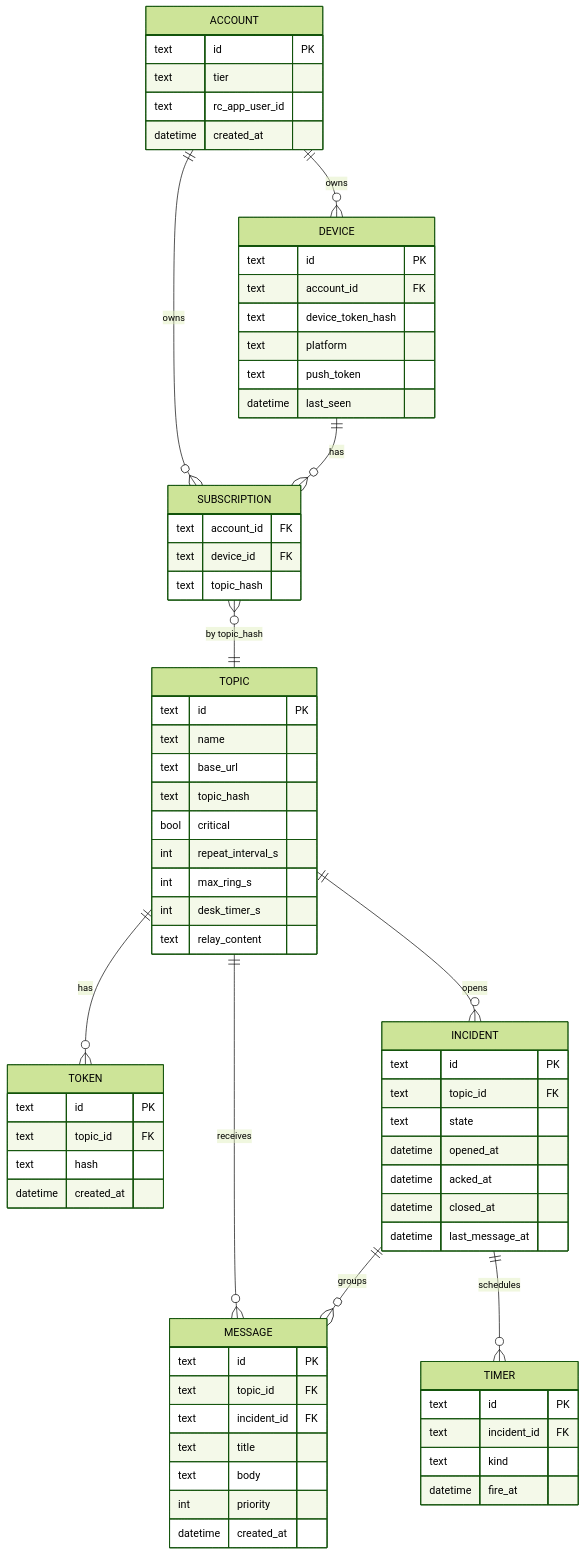
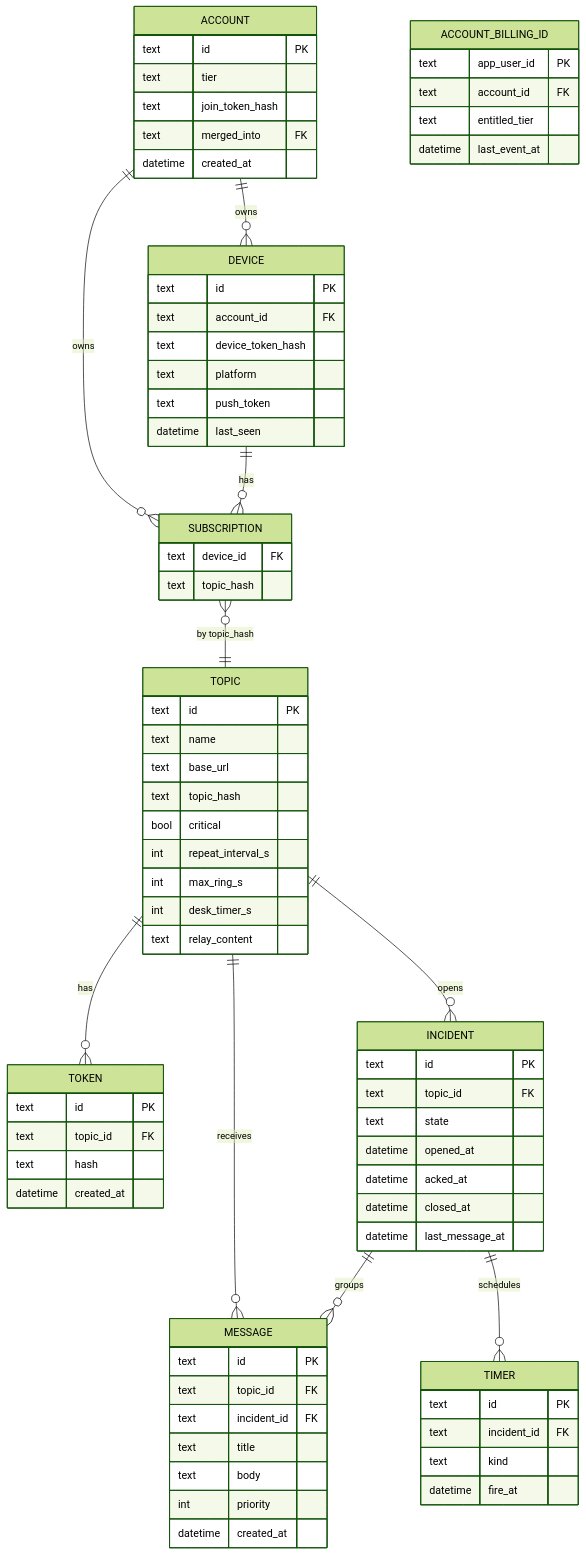
Before and after one commit to anvilnine/critalarm-app: the fourth of 5 diagrams in docs/ARCHITECTURE.md, drawn with Mermaid (forest theme). The commit also changed other lines of this file and 1 other file, not shown here.

````diff
--- a/docs/ARCHITECTURE.md
+++ b/docs/ARCHITECTURE.md
@@ -153,73 +153,79 @@
 ```mermaid
 erDiagram
     TOPIC ||--o{ TOKEN : has
     TOPIC ||--o{ MESSAGE : receives
     TOPIC ||--o{ INCIDENT : opens
     INCIDENT ||--o{ MESSAGE : groups
     INCIDENT ||--o{ TIMER : schedules
     ACCOUNT ||--o{ DEVICE : owns
     ACCOUNT ||--o{ SUBSCRIPTION : owns
     DEVICE ||--o{ SUBSCRIPTION : has
     SUBSCRIPTION }o--|| TOPIC : "by topic_hash"
 
     TOPIC {
         text id PK
         text name
         text base_url
         text topic_hash
         bool critical
         int repeat_interval_s
         int max_ring_s
         int desk_timer_s
         text relay_content
     }
     TOKEN {
         text id PK
         text topic_id FK
         text hash
         datetime created_at
     }
     MESSAGE {
         text id PK
         text topic_id FK
         text incident_id FK
         text title
         text body
         int priority
         datetime created_at
     }
     INCIDENT {
         text id PK
         text topic_id FK
         text state
         datetime opened_at
         datetime acked_at
         datetime closed_at
         datetime last_message_at
     }
     TIMER {
         text id PK
         text incident_id FK
         text kind
         datetime fire_at
     }
     ACCOUNT {
         text id PK
         text tier
-        text rc_app_user_id
+        text join_token_hash
+        text merged_into FK
         datetime created_at
+    }
+    ACCOUNT_BILLING_ID {
+        text app_user_id PK
+        text account_id FK
+        text entitled_tier
+        datetime last_event_at
     }
     DEVICE {
         text id PK
         text account_id FK
         text device_token_hash
         text platform
         text push_token
         datetime last_seen
     }
     SUBSCRIPTION {
-        text account_id FK
         text device_id FK
         text topic_hash
     }
 ```
````
